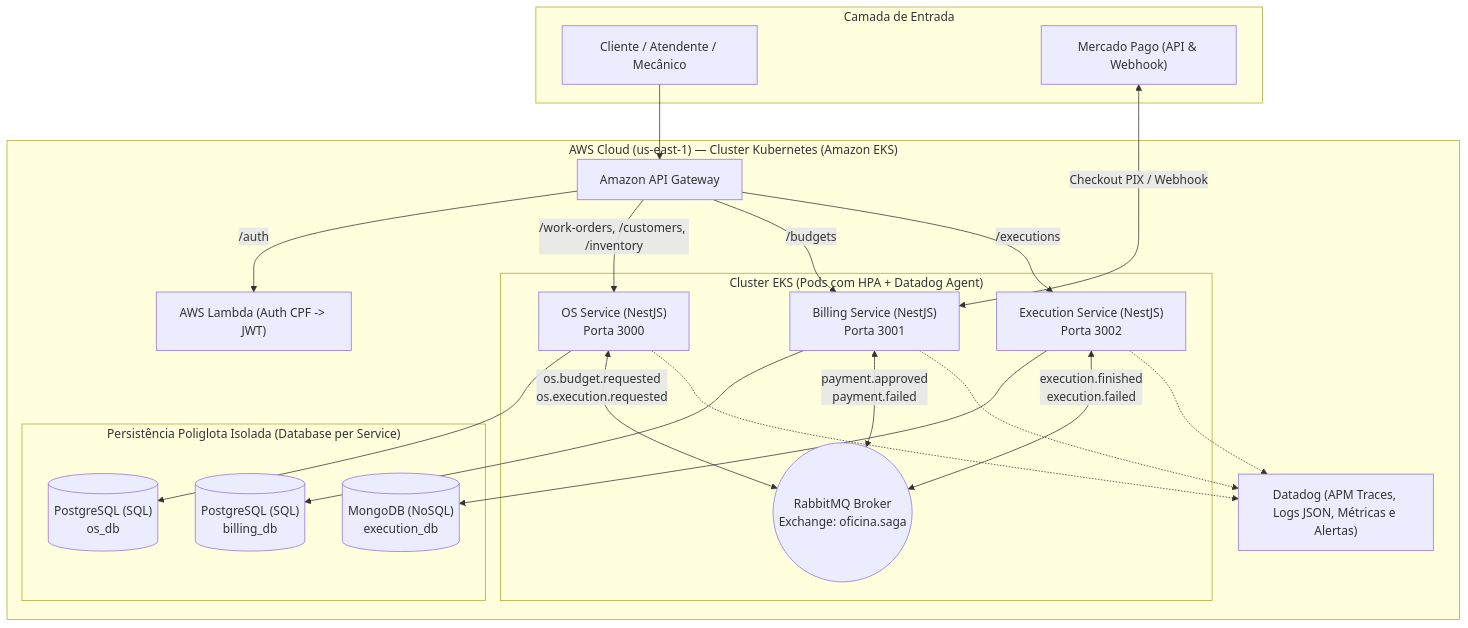
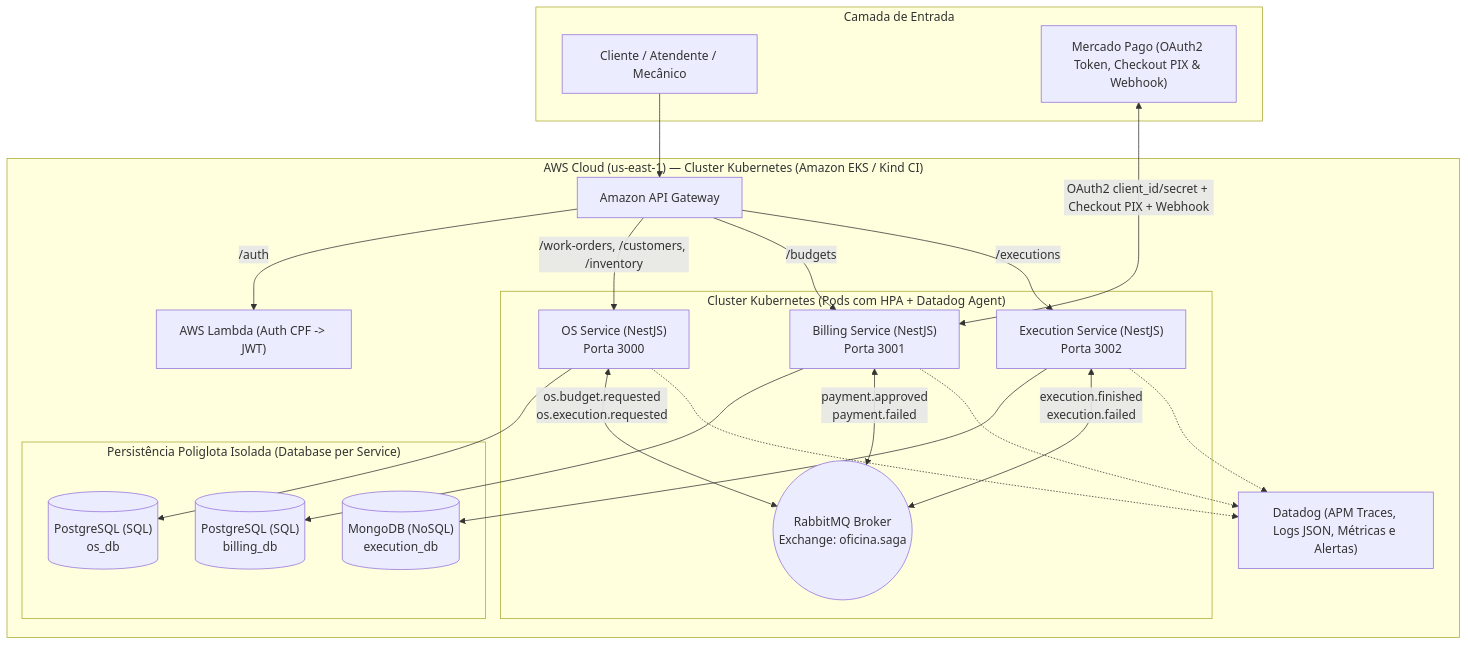
One commit to VladMCBravo/tech-challenge-fase4-os-service changed the diagram in docs/Entrega-Fase4-TechChallenge.md. Above: the diagram before and after it, drawn with Mermaid. The commit also changed other lines of this file and 8 other files, not shown here.

Commit message:
feat(fase4): add infra terraform, Kind K8s CI deploy, OAuth2 MP collection and updated PDF/docs

````diff
--- a/docs/Entrega-Fase4-TechChallenge.md
+++ b/docs/Entrega-Fase4-TechChallenge.md
@@ -38,46 +38,46 @@
 ```mermaid
 flowchart TB
     subgraph ClientLayer["Camada de Entrada"]
         User["Cliente / Atendente / Mecânico"]
-        MP_Ext["Mercado Pago (API & Webhook)"]
+        MP_Ext["Mercado Pago (OAuth2 Token, Checkout PIX & Webhook)"]
     end
 
-    subgraph AWS["AWS Cloud (us-east-1) — Cluster Kubernetes (Amazon EKS)"]
+    subgraph AWS["AWS Cloud (us-east-1) — Cluster Kubernetes (Amazon EKS / Kind CI)"]
         APIGW["Amazon API Gateway"]
         Lambda["AWS Lambda (Auth CPF -> JWT)"]
 
-        subgraph K8s["Cluster EKS (Pods com HPA + Datadog Agent)"]
+        subgraph K8s["Cluster Kubernetes (Pods com HPA + Datadog Agent)"]
             OS["OS Service (NestJS)\nPorta 3000"]
             BIL["Billing Service (NestJS)\nPorta 3001"]
             EXE["Execution Service (NestJS)\nPorta 3002"]
             RMQ(("RabbitMQ Broker\nExchange: oficina.saga"))
         end
 
         subgraph Databases["Persistência Poliglota Isolada (Database per Service)"]
             DB_OS[("PostgreSQL (SQL)\nos_db")]
             DB_BIL[("PostgreSQL (SQL)\nbilling_db")]
             DB_EXE[("MongoDB (NoSQL)\nexecution_db")]
         end
 
         DD["Datadog (APM Traces, Logs JSON, Métricas e Alertas)"]
     end
 
     User --> APIGW
     APIGW -->|"/auth"| Lambda
     APIGW -->|"/work-orders, /customers, /inventory"| OS
     APIGW -->|"/budgets"| BIL
     APIGW -->|"/executions"| EXE
-    MP_Ext <-->|"Checkout PIX / Webhook"| BIL
+    MP_Ext <-->|"OAuth2 client_id/secret + Checkout PIX + Webhook"| BIL
 
     OS --> DB_OS
     BIL --> DB_BIL
     EXE --> DB_EXE
 
     OS <-->|"os.budget.requested\nos.execution.requested"| RMQ
     BIL <-->|"payment.approved\npayment.failed"| RMQ
     EXE <-->|"execution.finished\nexecution.failed"| RMQ
 
     OS -.-> DD
     BIL -.-> DD
     EXE -.-> DD
 ```
````
